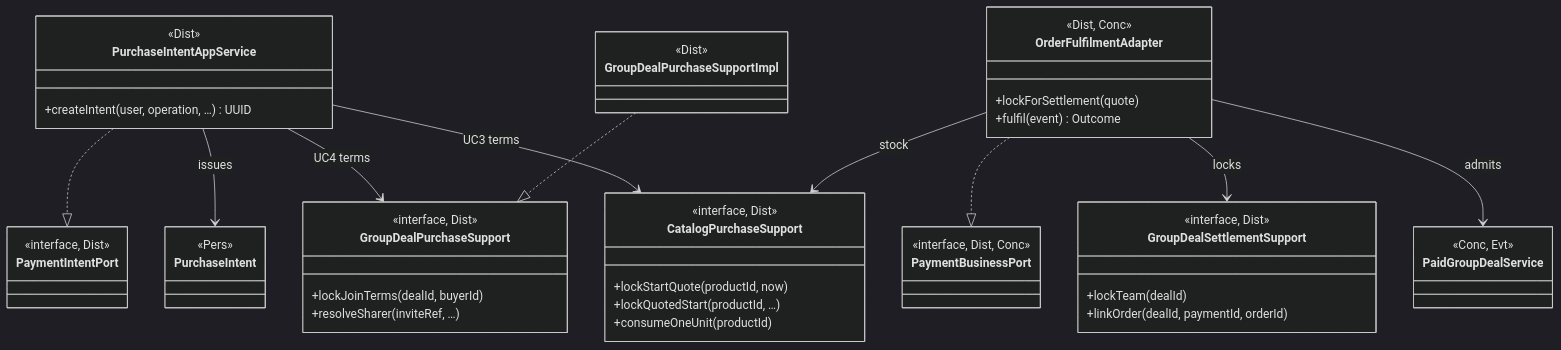
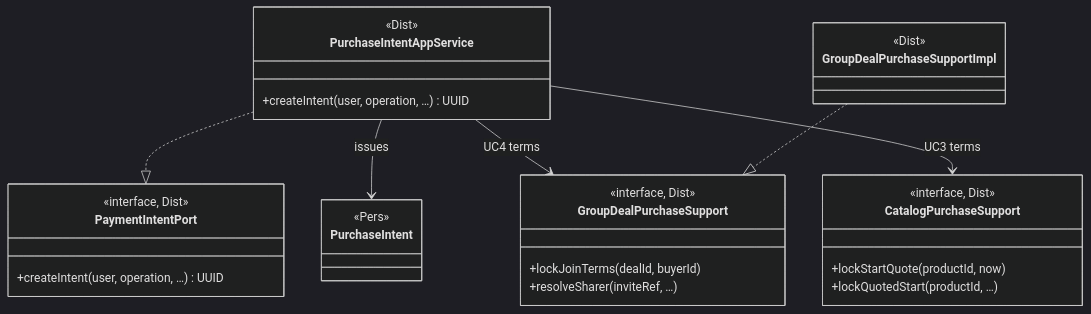
The sixth of 13 diagrams in docs/swe5006/report/sections/03-4-1-eric.md (PPsyrius/iss-groupbuy-team8), drawn with Mermaid (dark theme) before and after one commit. The commit also changed other lines of this file and 60 other files, not shown here.

First line of the commit message:
docs(report): template format, VP-style UML and fact fixes (#463, #695) (#704)

````diff
--- a/docs/swe5006/report/sections/03-4-1-eric.md
+++ b/docs/swe5006/report/sections/03-4-1-eric.md
@@ -376,63 +302,39 @@
 ```mermaid
 classDiagram
     class PaymentIntentPort {
         <<interface, Dist>>
-    }
-    class PaymentBusinessPort {
-        <<interface, Dist, Conc>>
+        +createIntent(user, operation, …) UUID
     }
     class PurchaseIntentAppService {
         <<Dist>>
         +createIntent(user, operation, …) UUID
     }
     class PurchaseIntent {
         <<Pers>>
-    }
-    class OrderFulfilmentAdapter {
-        <<Dist, Conc>>
-        +lockForSettlement(quote)
-        +fulfil(event) Outcome
-    }
-    class GroupDealSettlementSupport {
-        <<interface, Dist>>
-        +lockTeam(dealId)
-        +linkOrder(dealId, paymentId, orderId)
     }
     class GroupDealPurchaseSupport {
         <<interface, Dist>>
         +lockJoinTerms(dealId, buyerId)
         +resolveSharer(inviteRef, …)
     }
     class CatalogPurchaseSupport {
         <<interface, Dist>>
         +lockStartQuote(productId, now)
         +lockQuotedStart(productId, …)
-        +consumeOneUnit(productId)
-    }
-    class PaidGroupDealService {
-        <<Conc, Evt>>
     }
     class GroupDealPurchaseSupportImpl {
         <<Dist>>
     }
 %% at PaymentIntentPort 0,0
-%% at PaymentBusinessPort 2,0
 %% at PurchaseIntentAppService 0,1
 %% at PurchaseIntent 1,1
-%% at OrderFulfilmentAdapter 2,1
-%% at GroupDealSettlementSupport 3,1
 %% at GroupDealPurchaseSupport 0,2
 %% at CatalogPurchaseSupport 1,2
-%% at PaidGroupDealService 2,2
 %% at GroupDealPurchaseSupportImpl 0,3
 
     PurchaseIntentAppService ..|> PaymentIntentPort
-    OrderFulfilmentAdapter ..|> PaymentBusinessPort
     PurchaseIntentAppService --> PurchaseIntent : issues
     PurchaseIntentAppService --> GroupDealPurchaseSupport : UC4 terms
     PurchaseIntentAppService --> CatalogPurchaseSupport : UC3 terms
-    OrderFulfilmentAdapter --> CatalogPurchaseSupport : stock
-    OrderFulfilmentAdapter --> GroupDealSettlementSupport : locks
-    OrderFulfilmentAdapter --> PaidGroupDealService : admits
     GroupDealPurchaseSupportImpl ..|> GroupDealPurchaseSupport
 ```
````
